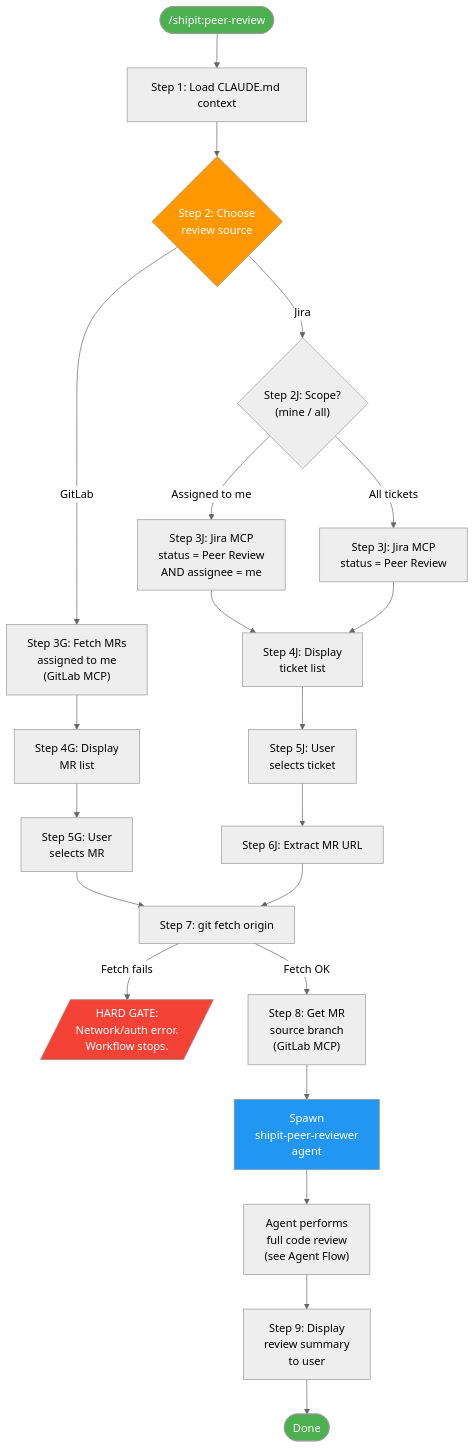
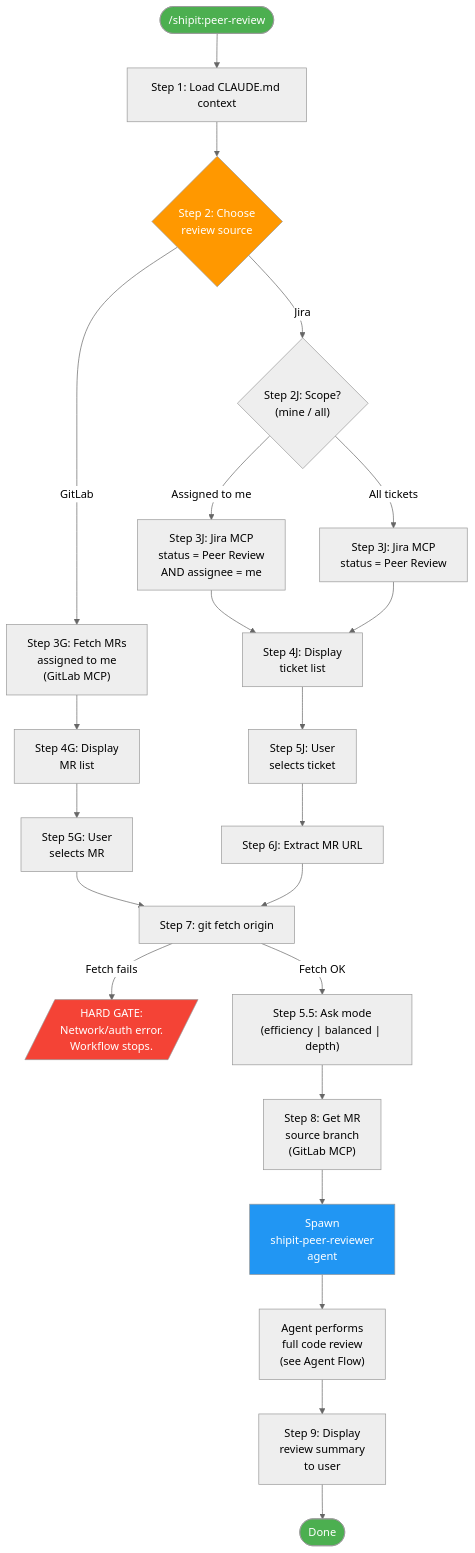
The first of 8 diagrams in docs/peer-review-flowchart.md (praful011/shipit), drawn with Mermaid (neutral theme) before and after one commit. The commit also changed other lines of this file and 1 other file, not shown here.

Commit message:
docs: update peer-review flowchart for shipit-review engine and mode selector

````diff
--- a/docs/peer-review-flowchart.md
+++ b/docs/peer-review-flowchart.md
@@ -5,37 +5,39 @@
 ```mermaid
 flowchart TD
     START(["/shipit:peer-review"]) --> LOAD["Step 1: Load CLAUDE.md context"]
     LOAD --> SOURCE{"Step 2: Choose\nreview source"}
 
     SOURCE -->|Jira| JIRA_SCOPE{"Step 2J: Scope?\n(mine / all)"}
     SOURCE -->|GitLab| GL_FETCH["Step 3G: Fetch MRs\nassigned to me\n(GitLab MCP)"]
 
     JIRA_SCOPE -->|Assigned to me| JIRA_FETCH_MINE["Step 3J: Jira MCP\nstatus = Peer Review\nAND assignee = me"]
     JIRA_SCOPE -->|All tickets| JIRA_FETCH_ALL["Step 3J: Jira MCP\nstatus = Peer Review"]
 
     JIRA_FETCH_MINE --> JIRA_LIST["Step 4J: Display\nticket list"]
     JIRA_FETCH_ALL --> JIRA_LIST
     JIRA_LIST --> JIRA_SELECT["Step 5J: User\nselects ticket"]
 
     GL_FETCH --> GL_LIST["Step 4G: Display\nMR list"]
     GL_LIST --> GL_SELECT["Step 5G: User\nselects MR"]
 
     JIRA_SELECT --> EXTRACT_MR["Step 6J: Extract MR URL"]
     GL_SELECT --> CONVERGE["Step 7: git fetch origin"]
     EXTRACT_MR --> CONVERGE
 
     CONVERGE -->|Fetch fails| BLOCK_FETCH[/"HARD GATE:\nNetwork/auth error.\nWorkflow stops."/]
-    CONVERGE -->|Fetch OK| GET_BRANCH["Step 8: Get MR\nsource branch\n(GitLab MCP)"]
+    CONVERGE -->|Fetch OK| ASK_MODE["Step 5.5: Ask mode\n(efficiency | balanced | depth)"]
+
+    ASK_MODE --> GET_BRANCH["Step 8: Get MR\nsource branch\n(GitLab MCP)"]
 
     GET_BRANCH --> SPAWN["Spawn\nshipit-peer-reviewer\nagent"]
 
     SPAWN --> AGENT_REVIEW["Agent performs\nfull code review\n(see Agent Flow)"]
     AGENT_REVIEW --> DISPLAY["Step 9: Display\nreview summary\nto user"]
     DISPLAY --> DONE([Done])
 
     style START fill:#4CAF50,color:#fff
     style DONE fill:#4CAF50,color:#fff
     style BLOCK_FETCH fill:#f44336,color:#fff
     style SOURCE fill:#FF9800,color:#fff
     style SPAWN fill:#2196F3,color:#fff
 ```
````
